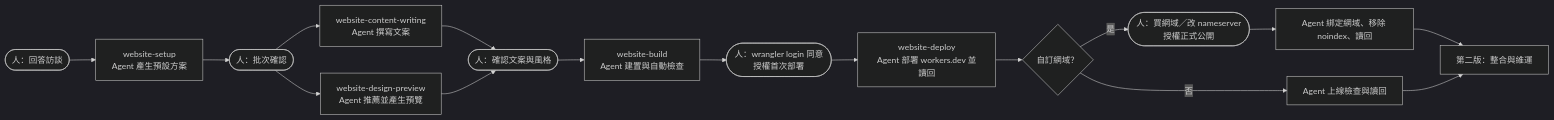
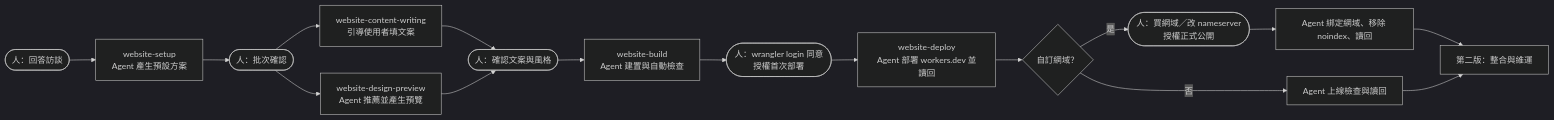
One commit to iamraven-tw/raven-ai-workflow-toolbox changed the diagram in docs/decisions/0003-website-building-workflow.md. Above: the diagram before and after it, drawn with Mermaid (dark theme). The commit also changed other lines of this file and 188 other files, not shown here.

````diff
--- a/docs/decisions/0003-website-building-workflow.md
+++ b/docs/decisions/0003-website-building-workflow.md
@@ -103,18 +103,18 @@
 ```mermaid
 flowchart LR
     H1([人：回答訪談]) --> A[website-setup<br/>Agent 產生預設方案]
     A --> H2([人：批次確認])
-    H2 --> B[website-content-writing<br/>Agent 撰寫文案]
+    H2 --> B[website-content-writing<br/>引導使用者填文案]
     H2 --> C[website-design-preview<br/>Agent 推薦並產生預覽]
     B --> H3([人：確認文案與風格])
     C --> H3
     H3 --> D[website-build<br/>Agent 建置與自動檢查]
     D --> H4([人：wrangler login 同意<br/>授權首次部署])
     H4 --> E[website-deploy<br/>Agent 部署 workers.dev 並讀回]
     E --> G{自訂網域？}
     G -->|是| H5([人：買網域／改 nameserver<br/>授權正式公開])
     H5 --> F[Agent 綁定網域、移除 noindex、讀回]
     G -->|否| F2[Agent 上線檢查與讀回]
     F --> Z[第二版：整合與維運]
     F2 --> Z
 ```
````
